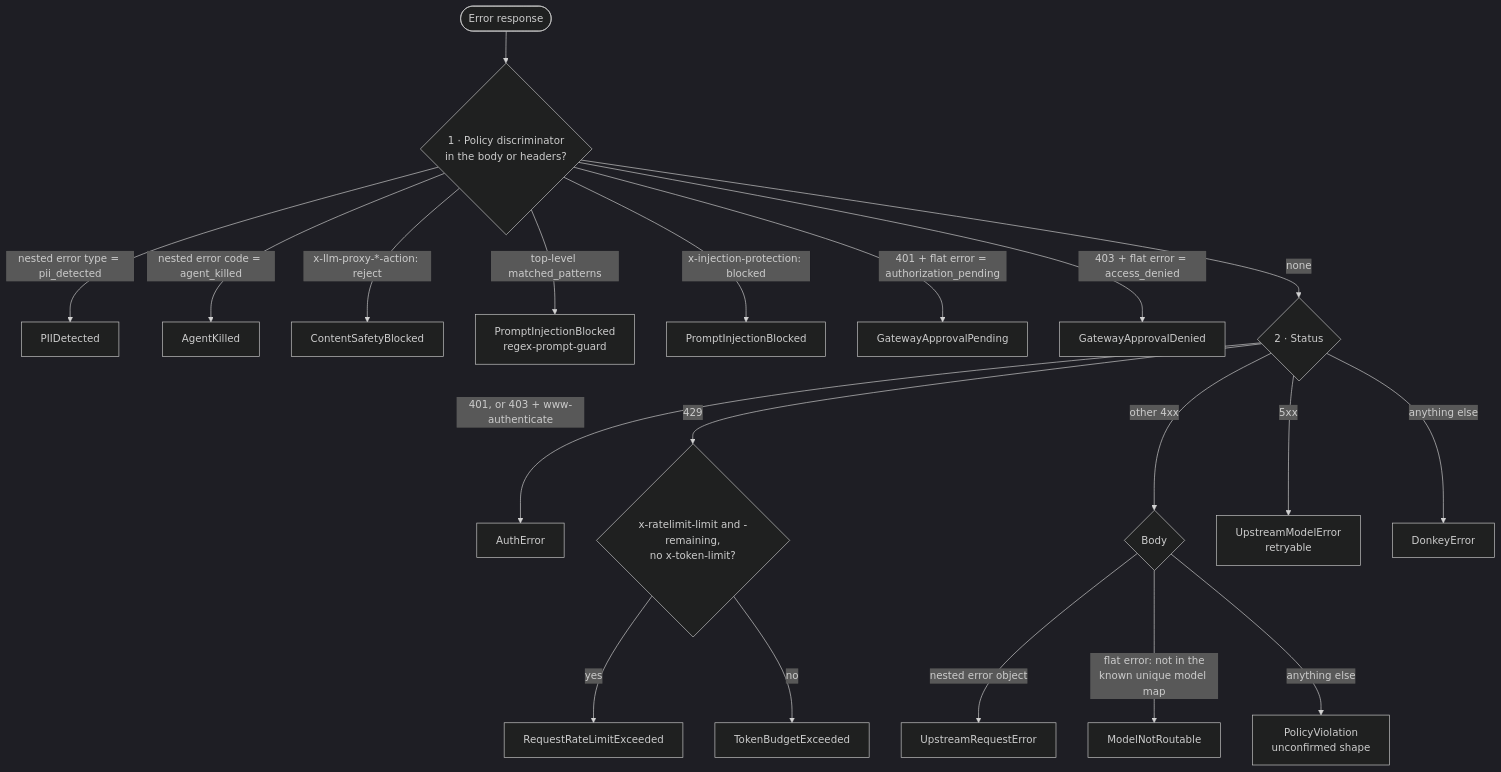
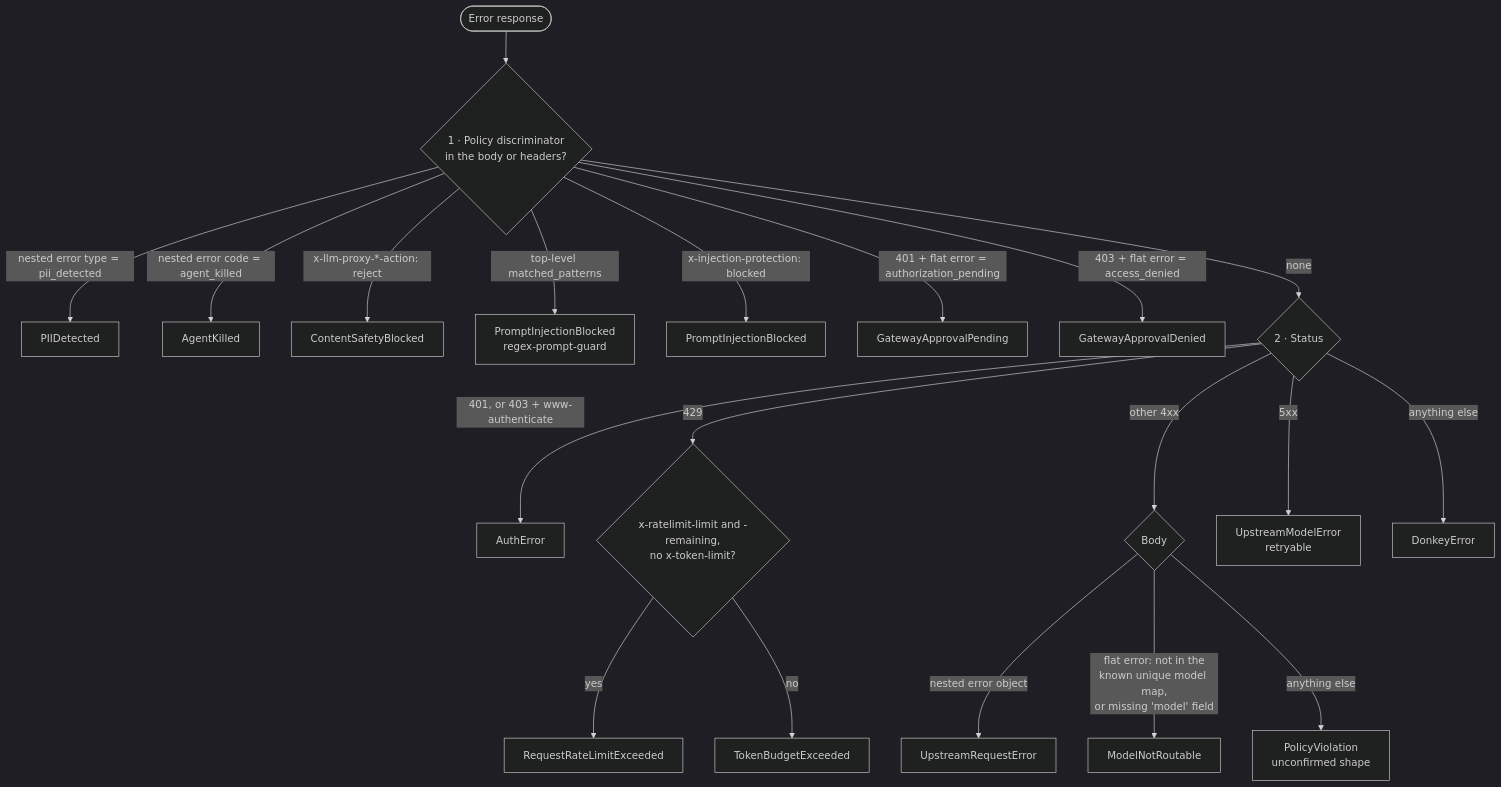
Before and after one commit to Donkey-Development-Kit/donkey-development-kit: the diagram in website/content/errors.mdx, drawn with Mermaid (dark theme). The commit also changed other lines of this file and 18 other files, not shown here.

First line of the commit message:
feat(core): type the gateway's missing-model 400 as ModelNotRoutable (#1547) (#1579)

````diff
--- a/website/content/errors.mdx
+++ b/website/content/errors.mdx
@@ -55,22 +56,22 @@
 ```mermaid
 flowchart TD
     R(["Error response"]) --> D{"1 · Policy discriminator<br/>in the body or headers?"}
     D -->|"nested error type = pii_detected"| X1["PIIDetected"]
     D -->|"nested error code = agent_killed"| X2["AgentKilled"]
     D -->|"x-llm-proxy-*-action: reject"| X3["ContentSafetyBlocked"]
     D -->|"top-level matched_patterns"| X4["PromptInjectionBlocked<br/>regex-prompt-guard"]
     D -->|"x-injection-protection: blocked"| X5["PromptInjectionBlocked"]
     D -->|"401 + flat error = authorization_pending"| X14["GatewayApprovalPending"]
     D -->|"403 + flat error = access_denied"| X15["GatewayApprovalDenied"]
     D -->|none| S{"2 · Status"}
     S -->|"401, or 403 + www-authenticate"| X6["AuthError"]
     S -->|429| Q{"x-ratelimit-limit and -remaining,<br/>no x-token-limit?"}
     Q -->|yes| X7["RequestRateLimitExceeded"]
     Q -->|no| X8["TokenBudgetExceeded"]
     S -->|"other 4xx"| F{"Body"}
     F -->|"nested error object"| X9["UpstreamRequestError"]
-    F -->|"flat error: not in the<br/>known unique model map"| X10["ModelNotRoutable"]
+    F -->|"flat error: not in the<br/>known unique model map,<br/>or missing 'model' field"| X10["ModelNotRoutable"]
     F -->|anything else| X11["PolicyViolation<br/>unconfirmed shape"]
     S -->|5xx| X12["UpstreamModelError<br/>retryable"]
     S -->|"anything else"| X13["DonkeyError"]
 ```
````
